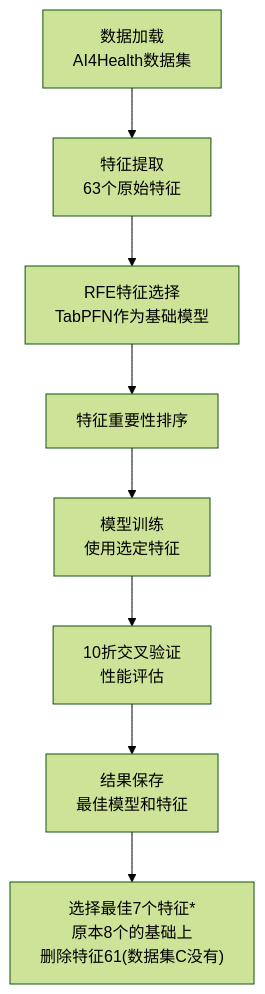
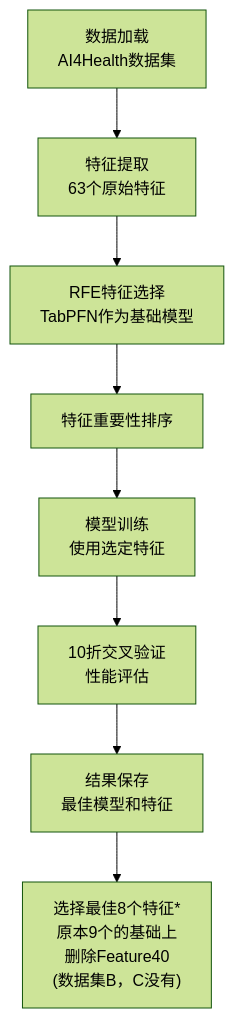
One commit to liu-qingyuan/TabPFN changed the diagram in docs/rfe_feature_selection_experiment.md. Above: the diagram before and after it, drawn with Mermaid (forest theme). The commit also changed 183 other files, not shown here.

````diff
--- a/docs/rfe_feature_selection_experiment.md
+++ b/docs/rfe_feature_selection_experiment.md
@@ -36,11 +36,11 @@
 ```mermaid
 graph TD
     A["数据加载<br/>AI4Health数据集"] --> B["特征提取<br/>63个原始特征"]
     B --> C["RFE特征选择<br/>TabPFN作为基础模型"]
     C --> D["特征重要性排序<br/>"]
     D --> E["模型训练<br/>使用选定特征"]
     E --> F["10折交叉验证<br/>性能评估"]
     F --> G["结果保存<br/>最佳模型和特征"]
-    G --> H["选择最佳7个特征*<br/>原本8个的基础上<br/>删除特征61(数据集C没有)"]
+    G --> H["选择最佳8个特征*<br/>原本9个的基础上<br/>删除Feature40<br/>(数据集B，C没有)"]
 
 ```
````
